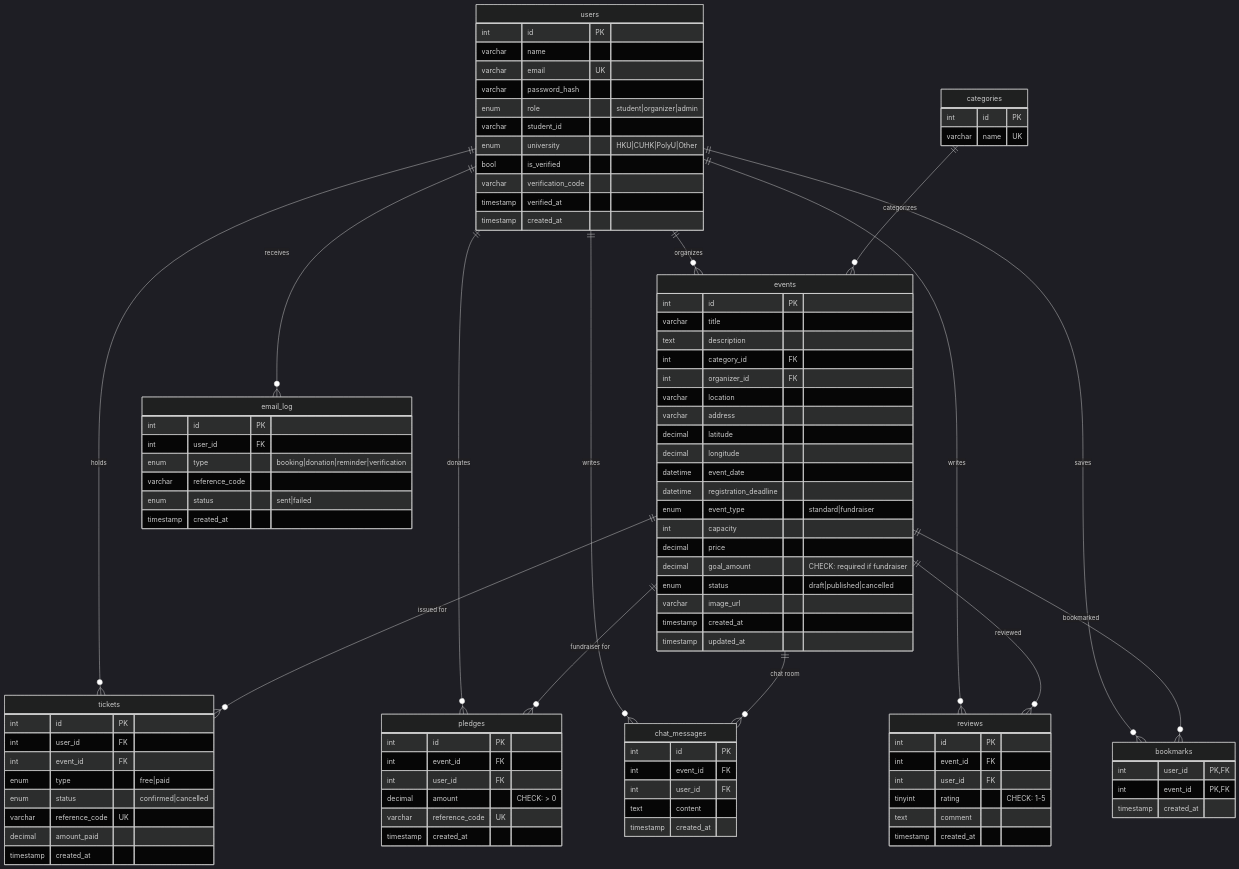
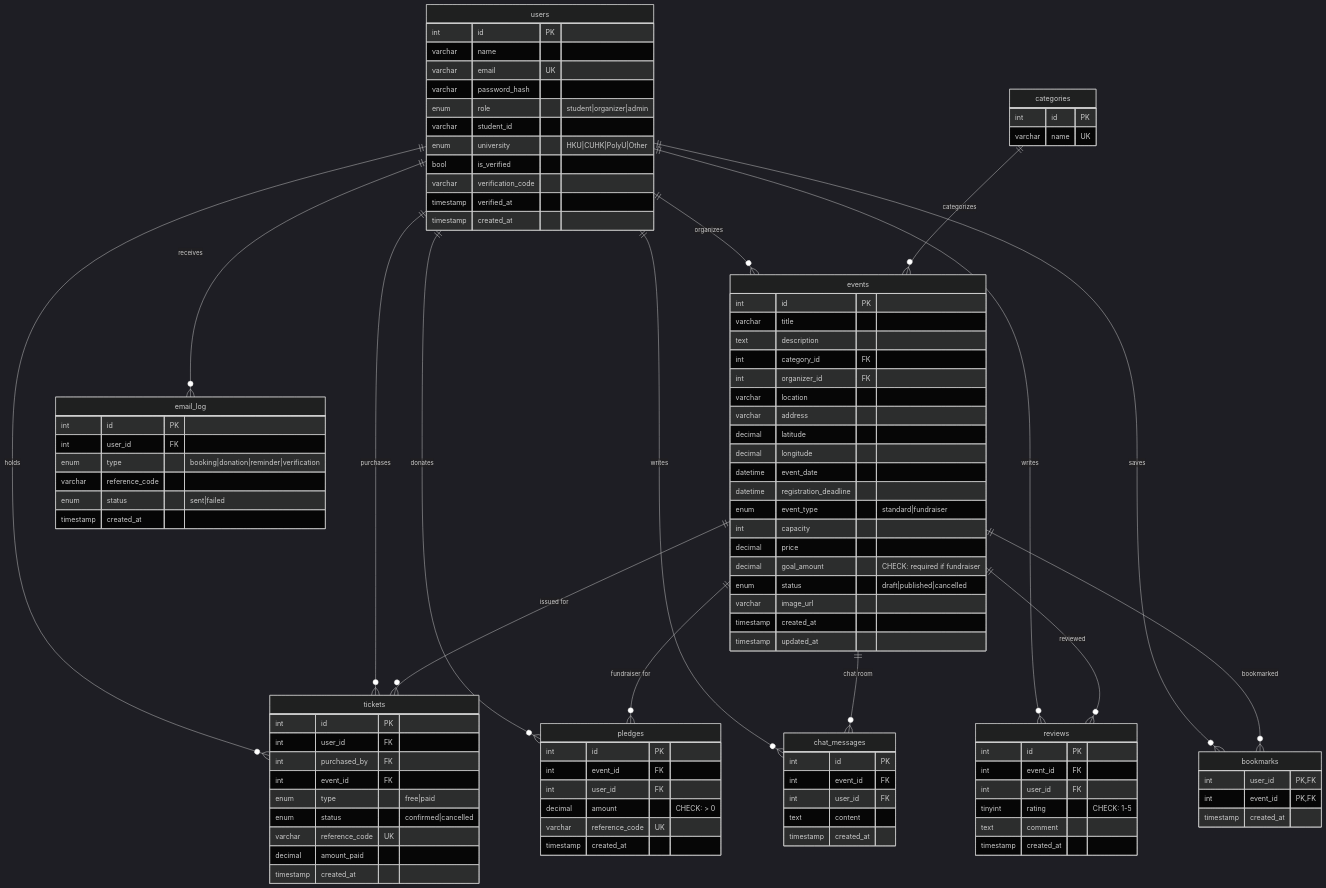
The diagram in database/ER_DIAGRAM.md (fttcata/hk-student-event-finder), drawn with Mermaid (dark theme) before and after one commit. The commit also changed other lines of this file and 5 other files, not shown here.

```diff
--- a/database/ER_DIAGRAM.md
+++ b/database/ER_DIAGRAM.md
@@ -7,6 +7,7 @@
     users ||--o{ events : "organizes"
     categories ||--o{ events : "categorizes"
     users ||--o{ tickets : "holds"
+    users ||--o{ tickets : "purchases"
     events ||--o{ tickets : "issued for"
     users ||--o{ pledges : "donates"
     events ||--o{ pledges : "fundraiser for"
@@ -62,6 +63,7 @@
     tickets {
         int id PK
         int user_id FK
+        int purchased_by FK
         int event_id FK
         enum type "free|paid"
         enum status "confirmed|cancelled"
```
